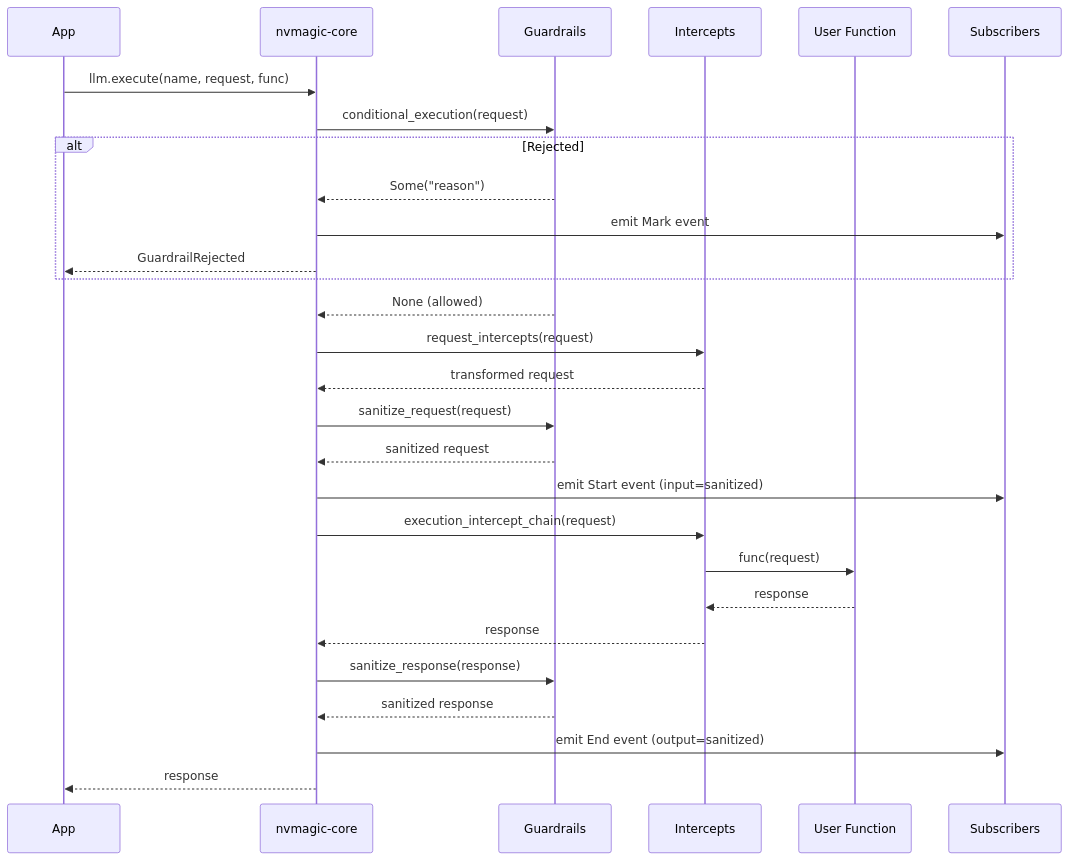
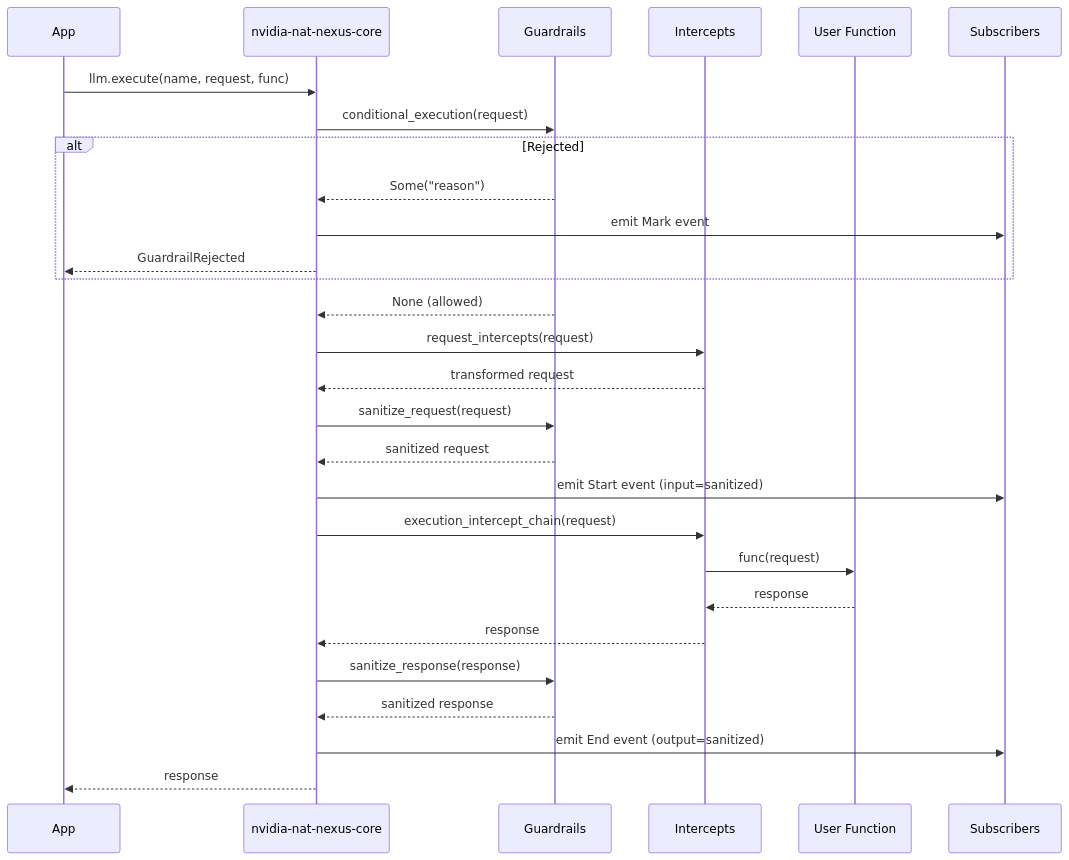
One commit to NVIDIA/NeMo-Relay changed the third of 3 diagrams in docs/architecture.md. Above: the diagram before and after it, drawn with Mermaid. The commit also changed other lines of this file and 142 other files, not shown here.

````diff
--- a/docs/architecture.md
+++ b/docs/architecture.md
@@ -139,31 +139,31 @@
 ```mermaid
 sequenceDiagram
     participant App
-    participant Core as nvmagic-core
+    participant Core as nvidia-nat-nexus-core
     participant Guards as Guardrails
     participant Ints as Intercepts
     participant Func as User Function
     participant Subs as Subscribers
 
     App->>Core: llm.execute(name, request, func)
     Core->>Guards: conditional_execution(request)
     alt Rejected
         Guards-->>Core: Some("reason")
         Core->>Subs: emit Mark event
         Core-->>App: GuardrailRejected
     end
     Guards-->>Core: None (allowed)
     Core->>Ints: request_intercepts(request)
     Ints-->>Core: transformed request
     Core->>Guards: sanitize_request(request)
     Guards-->>Core: sanitized request
     Core->>Subs: emit Start event (input=sanitized)
     Core->>Ints: execution_intercept_chain(request)
     Ints->>Func: func(request)
     Func-->>Ints: response
     Ints-->>Core: response
     Core->>Guards: sanitize_response(response)
     Guards-->>Core: sanitized response
     Core->>Subs: emit End event (output=sanitized)
     Core-->>App: response
 ```
````
